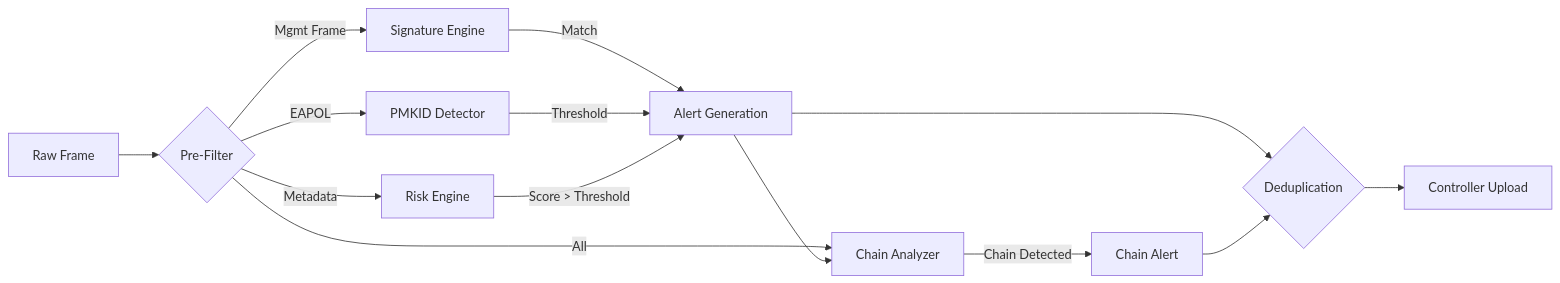
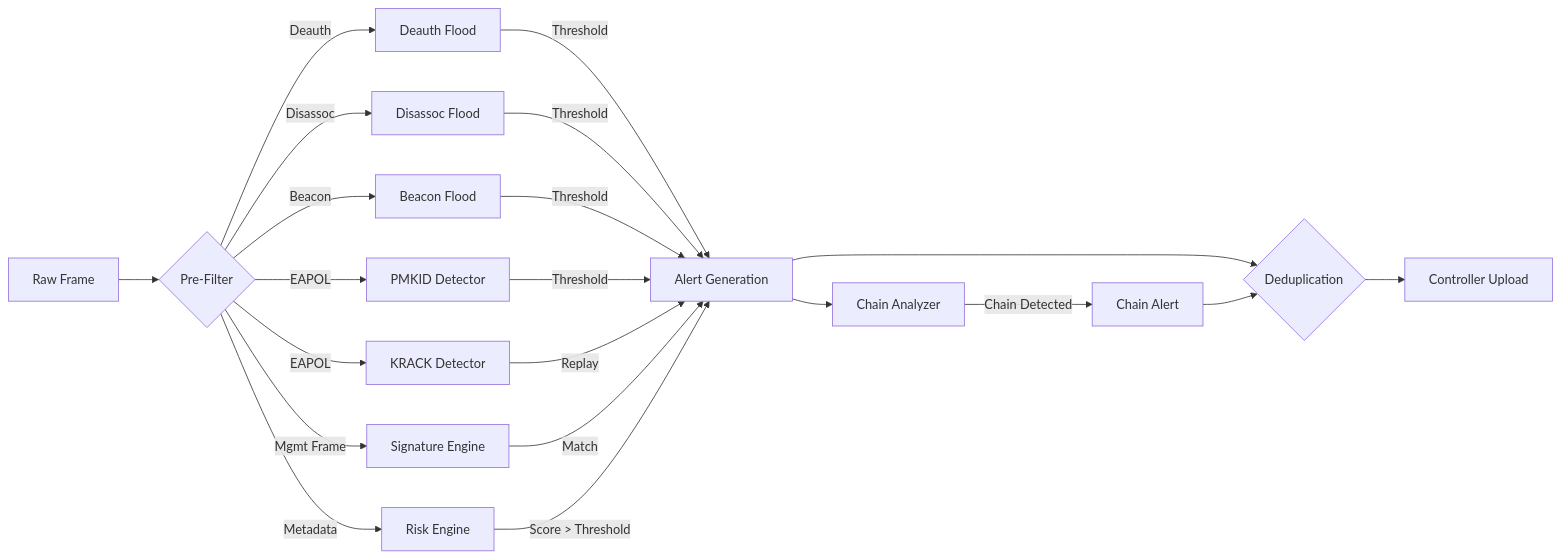
Before and after one commit to Anduong1200/sentinel-netlab: the diagram in docs/detection/overview.md, drawn with Mermaid. The commit also changed other lines of this file and 11 other files, not shown here.

Commit message:
feat: Implement Disassociation Flood, Beacon Flood, and KRACK detectors, add comprehensive unit tests, and overhaul detection documentation.

````diff
--- a/docs/detection/overview.md
+++ b/docs/detection/overview.md
@@ -33,18 +36,25 @@
 ```mermaid
 graph LR
     Frame[Raw Frame] --> Filter{Pre-Filter}
+    Filter -->|Deauth| Deauth[Deauth Flood]
+    Filter -->|Disassoc| Disassoc[Disassoc Flood]
+    Filter -->|Beacon| Beacon[Beacon Flood]
+    Filter -->|EAPOL| PMKID[PMKID Detector]
+    Filter -->|EAPOL| KRACK[KRACK Detector]
     Filter -->|Mgmt Frame| Sig[Signature Engine]
-    Filter -->|EAPOL| PMKID[PMKID Detector]
     Filter -->|Metadata| Risk[Risk Engine]
-    Filter -->|All| Corr[Chain Analyzer]
 
-    Sig -->|Match| Alert[Alert Generation]
+    Deauth -->|Threshold| Alert[Alert Generation]
+    Disassoc -->|Threshold| Alert
+    Beacon -->|Threshold| Alert
     PMKID -->|Threshold| Alert
+    KRACK -->|Replay| Alert
+    Sig -->|Match| Alert
     Risk -->|Score > Threshold| Alert
 
-    Alert --> Corr
+    Alert --> Corr[Chain Analyzer]
     Corr -->|Chain Detected| ChainAlert[Chain Alert]
     Alert --> Dedupe{Deduplication}
     ChainAlert --> Dedupe
     Dedupe --> Upload[Controller Upload]
 ```
````
